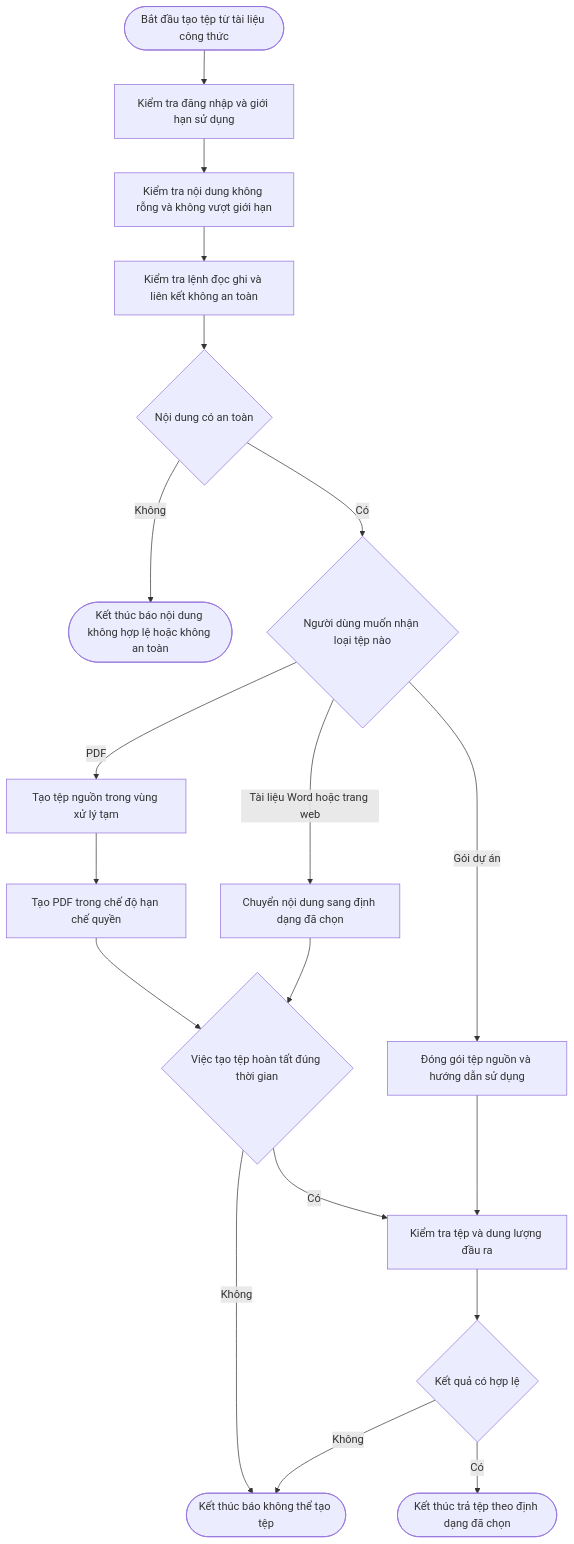
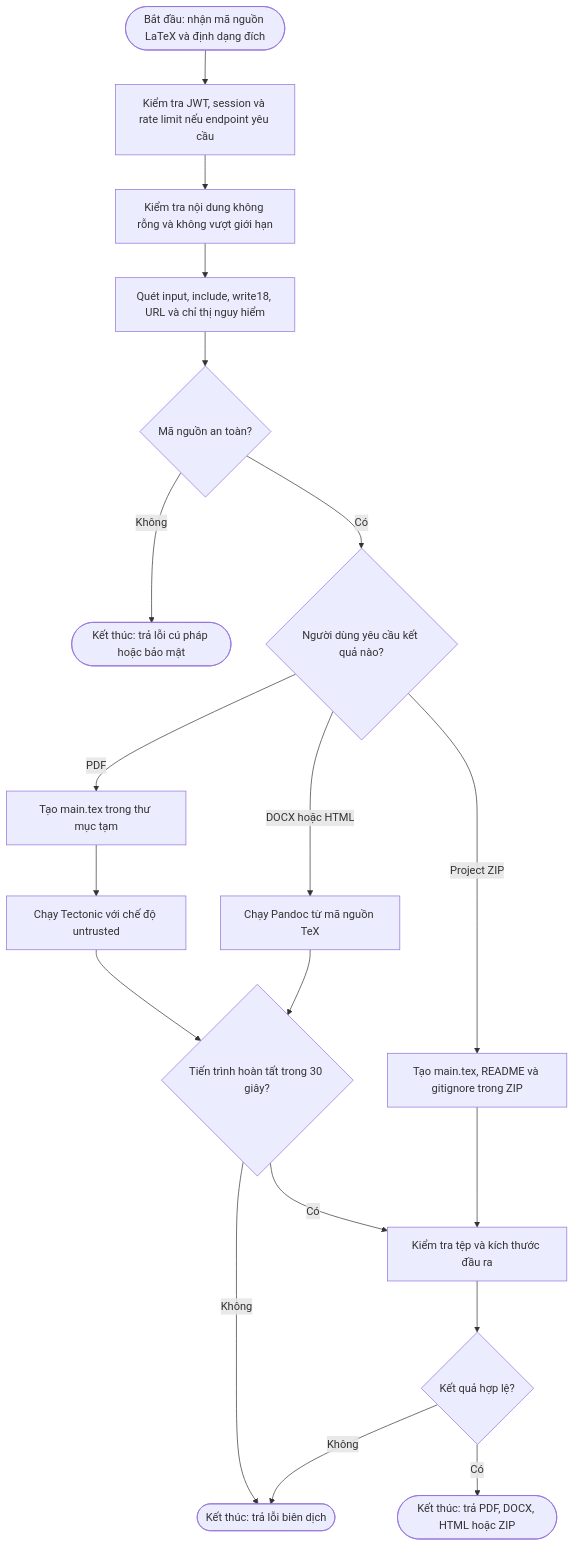
One commit to MinTruqday/dl changed the eighth of 10 diagrams in compilation_workflow_and_architecture_guide.md. Above: the diagram before and after it, drawn with Mermaid. The commit also changed other lines of this file and 78 other files, not shown here.

````diff
--- a/compilation_workflow_and_architecture_guide.md
+++ b/compilation_workflow_and_architecture_guide.md
@@ -246,21 +191,21 @@
 ```mermaid
 flowchart TD
-    Start([Bắt đầu tạo tệp từ tài liệu công thức]) --> Authenticate[Kiểm tra đăng nhập và giới hạn sử dụng]
+    Start([Bắt đầu: nhận mã nguồn LaTeX và định dạng đích]) --> Authenticate[Kiểm tra JWT, session và rate limit nếu endpoint yêu cầu]
     Authenticate --> ValidateSize[Kiểm tra nội dung không rỗng và không vượt giới hạn]
-    ValidateSize --> ScanDangerous[Kiểm tra lệnh đọc ghi và liên kết không an toàn]
-    ScanDangerous --> SafeSource{Nội dung có an toàn}
-    SafeSource -->|Không| Reject([Kết thúc báo nội dung không hợp lệ hoặc không an toàn])
-    SafeSource -->|Có| Target{Người dùng muốn nhận loại tệp nào}
-    Target -->|PDF| WriteTex[Tạo tệp nguồn trong vùng xử lý tạm]
-    WriteTex --> RunTectonic[Tạo PDF trong chế độ hạn chế quyền]
-    Target -->|Tài liệu Word hoặc trang web| RunPandoc[Chuyển nội dung sang định dạng đã chọn]
-    Target -->|Gói dự án| BuildZip[Đóng gói tệp nguồn và hướng dẫn sử dụng]
-    RunTectonic --> ProcessOK{Việc tạo tệp hoàn tất đúng thời gian}
+    ValidateSize --> ScanDangerous[Quét input, include, write18, URL và chỉ thị nguy hiểm]
+    ScanDangerous --> SafeSource{Mã nguồn an toàn?}
+    SafeSource -->|Không| Reject([Kết thúc: trả lỗi cú pháp hoặc bảo mật])
+    SafeSource -->|Có| Target{Người dùng yêu cầu kết quả nào?}
+    Target -->|PDF| WriteTex[Tạo main.tex trong thư mục tạm]
+    WriteTex --> RunTectonic[Chạy Tectonic với chế độ untrusted]
+    Target -->|DOCX hoặc HTML| RunPandoc[Chạy Pandoc từ mã nguồn TeX]
+    Target -->|Project ZIP| BuildZip[Tạo main.tex, README và gitignore trong ZIP]
+    RunTectonic --> ProcessOK{Tiến trình hoàn tất trong 30 giây?}
     RunPandoc --> ProcessOK
-    ProcessOK -->|Không| CompileError([Kết thúc báo không thể tạo tệp])
-    ProcessOK -->|Có| CheckOutput[Kiểm tra tệp và dung lượng đầu ra]
+    ProcessOK -->|Không| CompileError([Kết thúc: trả lỗi biên dịch])
+    ProcessOK -->|Có| CheckOutput[Kiểm tra tệp và kích thước đầu ra]
     BuildZip --> CheckOutput
-    CheckOutput --> ValidOutput{Kết quả có hợp lệ}
+    CheckOutput --> ValidOutput{Kết quả hợp lệ?}
     ValidOutput -->|Không| CompileError
-    ValidOutput -->|Có| End([Kết thúc trả tệp theo định dạng đã chọn])
+    ValidOutput -->|Có| End([Kết thúc: trả PDF, DOCX, HTML hoặc ZIP])
 ```
````
